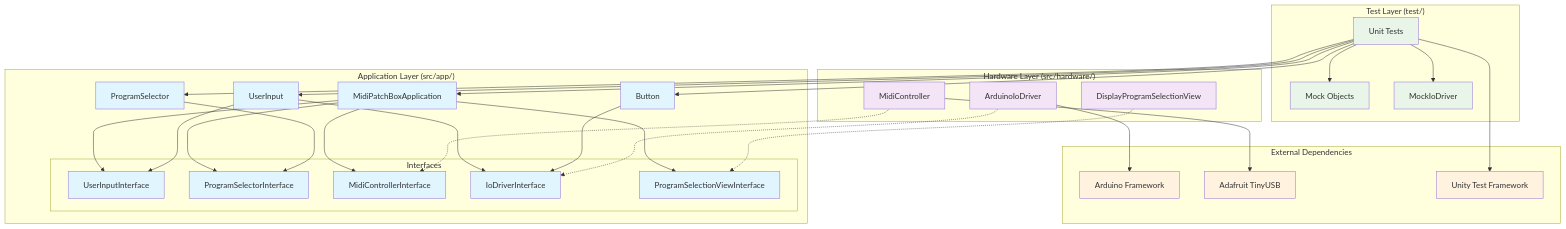
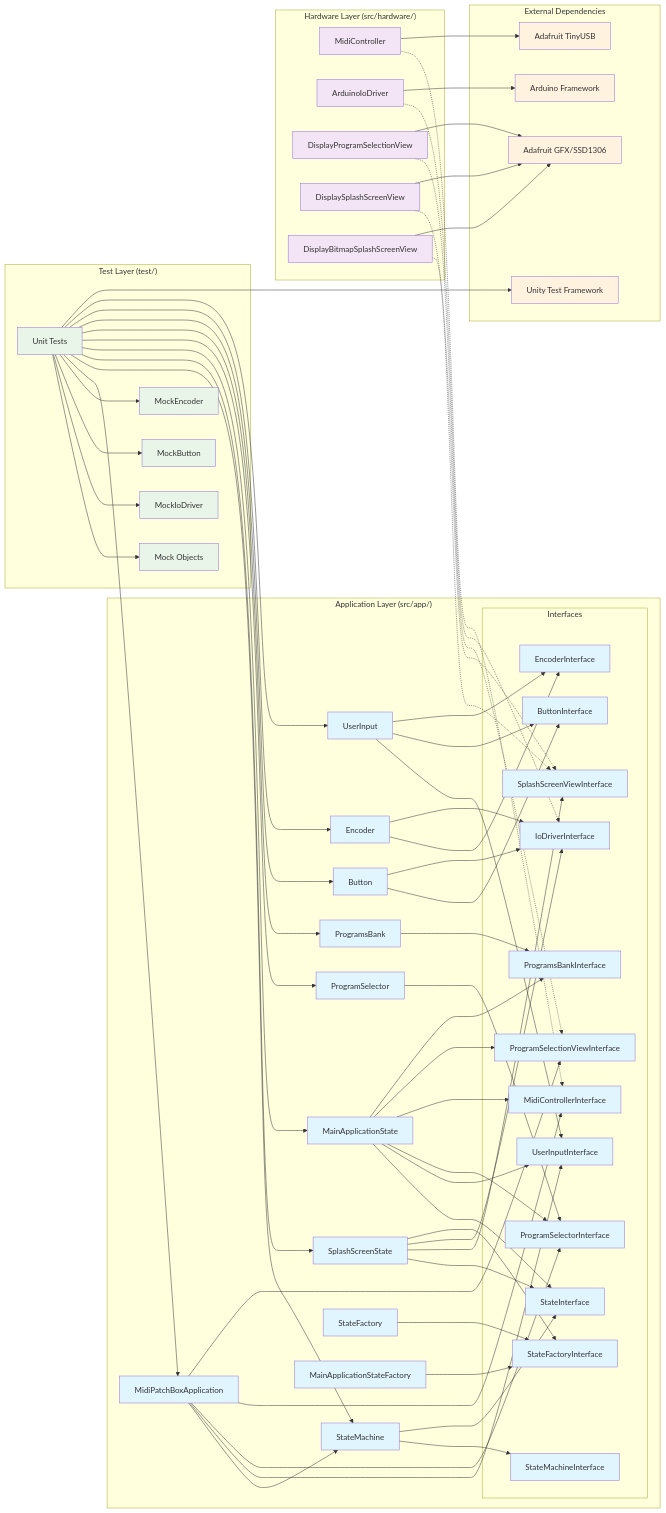
One commit to iv660/midi-patch-box changed the first of 4 diagrams in ARCHITECTURE.md. Above: the diagram before and after it, drawn with Mermaid. The commit also changed other lines of this file, not shown here.

Commit message:
doc: Update architecture description

````diff
--- a/ARCHITECTURE.md
+++ b/ARCHITECTURE.md
@@ -28,10 +30,17 @@
 ```mermaid
-graph TB
+graph LR
     subgraph "Application Layer (src/app/)"
         APP[MidiPatchBoxApplication]
+        SM[StateMachine]
+        SPS[SplashScreenState]
+        MAS[MainApplicationState]
         PS[ProgramSelector]
+        PB[ProgramsBank]
         BTN[Button]
+        ENC[Encoder]
         UI[UserInput]
+        SF[StateFactory]
+        MASF[MainApplicationStateFactory]
         
         subgraph "Interfaces"
             UII[UserInputInterface]
@@ -39,6 +48,13 @@
             MCI[MidiControllerInterface]
             IOI[IoDriverInterface]
             PSVI[ProgramSelectionViewInterface]
+            SSVI[SplashScreenViewInterface]
+            PBI[ProgramsBankInterface]
+            SI[StateInterface]
+            SMI[StateMachineInterface]
+            SFI[StateFactoryInterface]
+            EI[EncoderInterface]
+            BI[ButtonInterface]
         end
     end
     
@@ -46,42 +62,79 @@
         MC[MidiController]
         AIO[ArduinoIoDriver]
         DPSV[DisplayProgramSelectionView]
+        DSSV[DisplaySplashScreenView]
+        DBSSV[DisplayBitmapSplashScreenView]
     end
     
     subgraph "Test Layer (test/)"
         TESTS[Unit Tests]
         MOCKS[Mock Objects]
         MOCKIO[MockIoDriver]
+        MOCKBTN[MockButton]
+        MOCKENC[MockEncoder]
     end
     
     subgraph "External Dependencies"
         ARDUINO[Arduino Framework]
         TINYUSB[Adafruit TinyUSB]
         UNITY[Unity Test Framework]
+        ADAFRUIT[Adafruit GFX/SSD1306]
     end
     
+    APP --> SM
     APP --> UII
     APP --> PSI
     APP --> MCI
     APP --> PSVI
+    SM --> SMI
+    SM --> SI
+    SPS --> SI
+    SPS --> SSVI
+    SPS --> IOI
+    SPS --> SFI
+    MAS --> SI
+    MAS --> UII
+    MAS --> PSI
+    MAS --> MCI
+    MAS --> PSVI
+    MAS --> PBI
     UI --> UII
-    UI --> IOI
+    UI --> BI
+    UI --> EI
+    BTN --> BI
     BTN --> IOI
+    ENC --> EI
+    ENC --> IOI
     PS --> PSI
+    PB --> PBI
+    SF --> SFI
+    MASF --> SFI
     
     MC -.-> MCI
     AIO -.-> IOI
     DPSV -.-> PSVI
+    DSSV -.-> SSVI
+    DBSSV -.-> SSVI
     
     TESTS --> MOCKS
     TESTS --> MOCKIO
+    TESTS --> MOCKBTN
+    TESTS --> MOCKENC
     TESTS --> APP
+    TESTS --> SM
+    TESTS --> SPS
+    TESTS --> MAS
     TESTS --> PS
+    TESTS --> PB
     TESTS --> BTN
+    TESTS --> ENC
     TESTS --> UI
     
     AIO --> ARDUINO
     MC --> TINYUSB
+    DPSV --> ADAFRUIT
+    DSSV --> ADAFRUIT
+    DBSSV --> ADAFRUIT
     TESTS --> UNITY
     
     classDef appLayer fill:#e1f5fe
@@ -89,8 +142,8 @@
     classDef testLayer fill:#e8f5e8
     classDef external fill:#fff3e0
     
-    class APP,PS,BTN,UI,UII,PSI,MCI,IOI,PSVI appLayer
-    class MC,AIO,DPSV hardwareLayer
-    class TESTS,MOCKS,MOCKIO testLayer
-    class ARDUINO,TINYUSB,UNITY external
+    class APP,SM,SPS,MAS,PS,PB,BTN,ENC,UI,SF,MASF,UII,PSI,MCI,IOI,PSVI,SSVI,PBI,SI,SMI,SFI,EI,BI appLayer
+    class MC,AIO,DPSV,DSSV,DBSSV hardwareLayer
+    class TESTS,MOCKS,MOCKIO,MOCKBTN,MOCKENC testLayer
+    class ARDUINO,TINYUSB,UNITY,ADAFRUIT external
 ```
````
